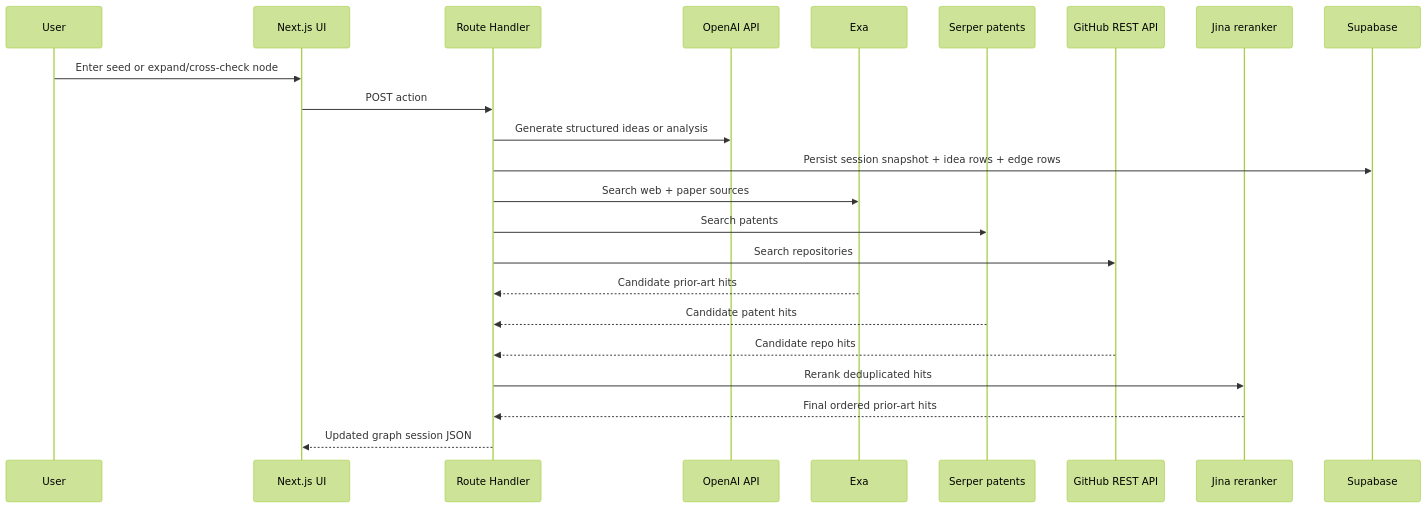
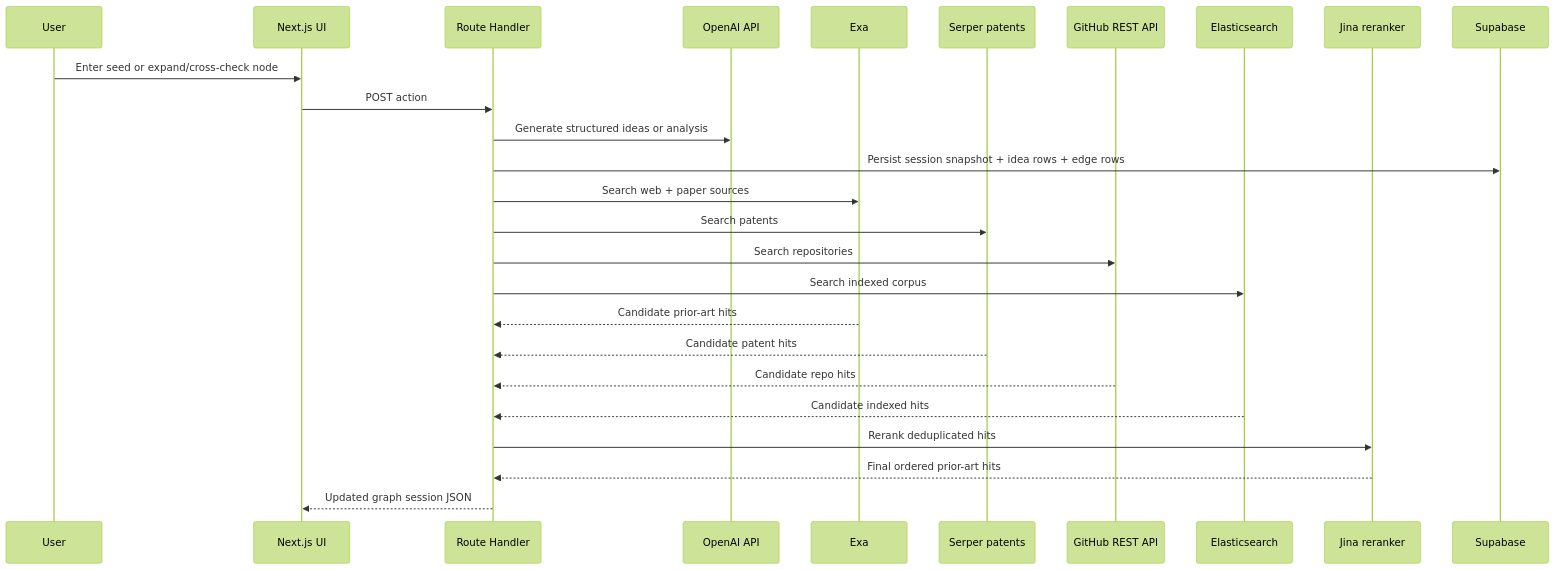
The second of 2 diagrams in docs/architecture.md (frank-shen-07/Synaptic), drawn with Mermaid (forest theme) before and after one commit. The commit also changed other lines of this file and 6 other files, not shown here.

````diff
--- a/docs/architecture.md
+++ b/docs/architecture.md
@@ -31,26 +33,29 @@
 ```mermaid
 sequenceDiagram
     participant User
     participant UI as Next.js UI
     participant API as Route Handler
     participant OpenAI as OpenAI API
     participant Exa as Exa
     participant Serper as Serper patents
     participant GitHub as GitHub REST API
+    participant Elastic as Elasticsearch
     participant Jina as Jina reranker
     participant Supabase as Supabase
 
     User->>UI: Enter seed or expand/cross-check node
     UI->>API: POST action
     API->>OpenAI: Generate structured ideas or analysis
     API->>Supabase: Persist session snapshot + idea rows + edge rows
     API->>Exa: Search web + paper sources
     API->>Serper: Search patents
     API->>GitHub: Search repositories
+    API->>Elastic: Search indexed corpus
     Exa-->>API: Candidate prior-art hits
     Serper-->>API: Candidate patent hits
     GitHub-->>API: Candidate repo hits
+    Elastic-->>API: Candidate indexed hits
     API->>Jina: Rerank deduplicated hits
     Jina-->>API: Final ordered prior-art hits
     API-->>UI: Updated graph session JSON
 ```
````
